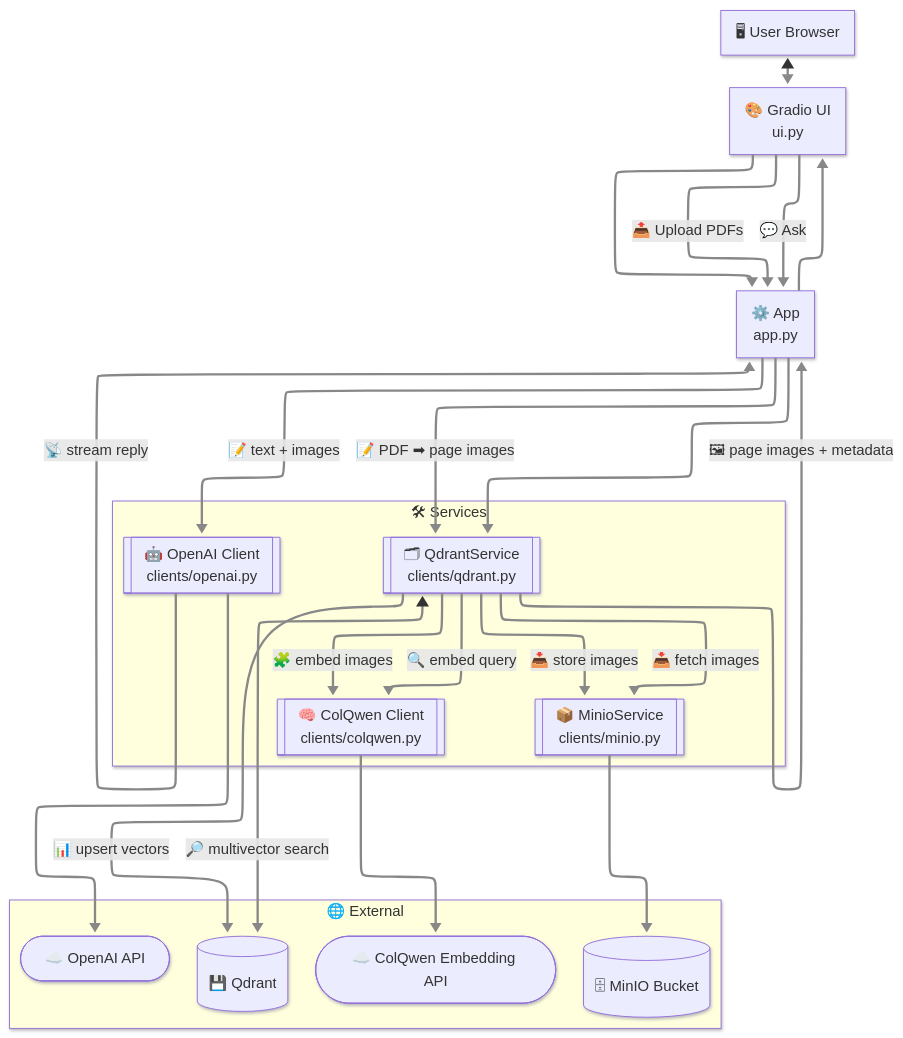
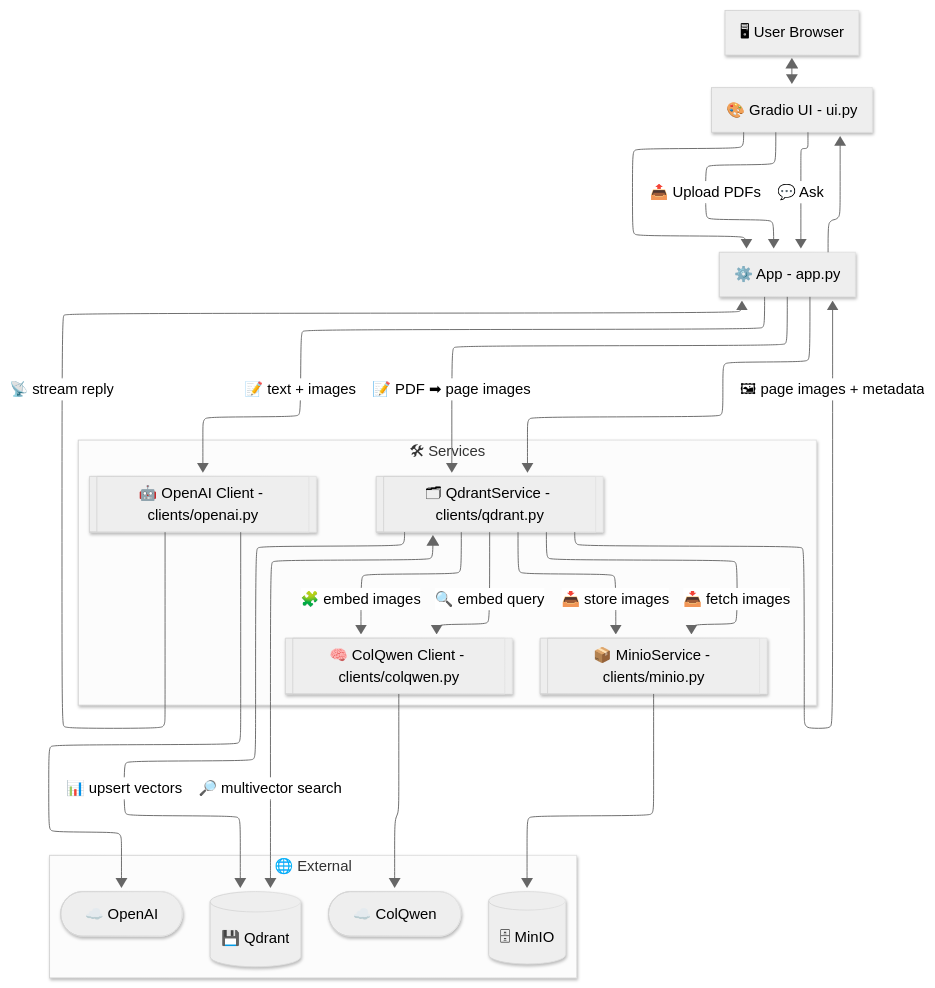
One commit to athrael-soju/Snappy changed the diagram in docs/architecture.md. Above: the diagram before and after it, drawn with Mermaid.

````diff
--- a/docs/architecture.md
+++ b/docs/architecture.md
@@ -5,46 +5,39 @@
 ```mermaid
 ---
 config:
-  theme: mc
+  theme: neutral
   layout: elk
   look: neo
 ---
 flowchart TB
-  %% Define high-contrast arrow style
-  linkStyle default stroke:#888,stroke-width:2.5px;
-
-  subgraph Services["🛠 Services"]
-        QS[["🗂 QdrantService\nclients/qdrant.py"]]
-        MINIO[["📦 MinioService\nclients/minio.py"]]
-        COL[["🧠 ColQwen Client\nclients/colqwen.py"]]
-        OAI[["🤖 OpenAI Client\nclients/openai.py"]]
+ subgraph Services["🛠 Services"]
+        QS[["🗂 QdrantService - clients/qdrant.py"]]
+        MINIO[["📦 MinioService - clients/minio.py"]]
+        COL[["🧠 ColQwen Client - clients/colqwen.py"]]
+        OAI[["🤖 OpenAI Client - clients/openai.py"]]
   end
-
-  subgraph External["🌐 External"]
-        QD[(💾 Qdrant)]
-        MN[(🗄 MinIO Bucket)]
-        CQ([☁️ ColQwen Embedding API])
-        OA([☁️ OpenAI API])
+ subgraph External["🌐 External"]
+        QD[("💾 Qdrant")]
+        MN[("🗄 MinIO")]
+        CQ(["☁️ ColQwen"])
+        OA(["☁️ OpenAI"])
   end
-
-    U[🖥 User Browser] <--> UI[🎨 Gradio UI\nui.py]
-    UI --> APP[⚙️ App\napp.py]
+    U["🖥 User Browser"] <--> UI["🎨 Gradio UI - ui.py"]
+    UI --> APP["⚙️ App - app.py"]
     UI -- 📤 Upload PDFs --> APP
     APP -- 📝 PDF ➡ page images --> QS
     QS -- 📥 store images --> MINIO
     MINIO --> MN
     QS -- 🧩 embed images --> COL
     COL --> CQ
     QS -- 📊 upsert vectors --> QD
     UI -- 💬 Ask --> APP
-    APP --> QS
-    APP --> UI
+    APP --> QS & UI
     QS -- 🔍 embed query --> COL
     QS <-- 🔎 multivector search --> QD
     QS -- 📥 fetch images --> MINIO
     QS -- 🖼 page images + metadata --> APP
     APP -- 📝 text + images --> OAI
     OAI --> OA
     OAI -- 📡 stream reply --> APP
-
 ```
````
